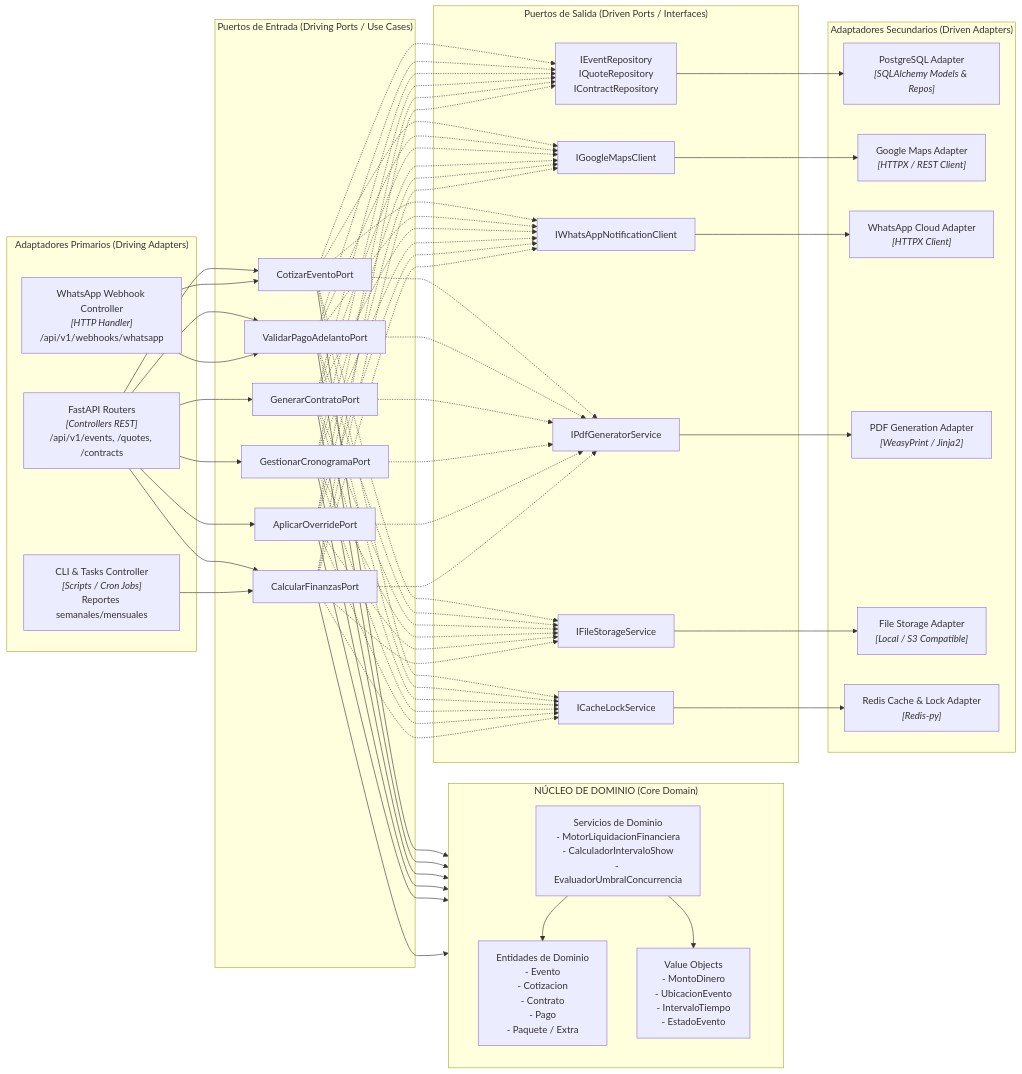
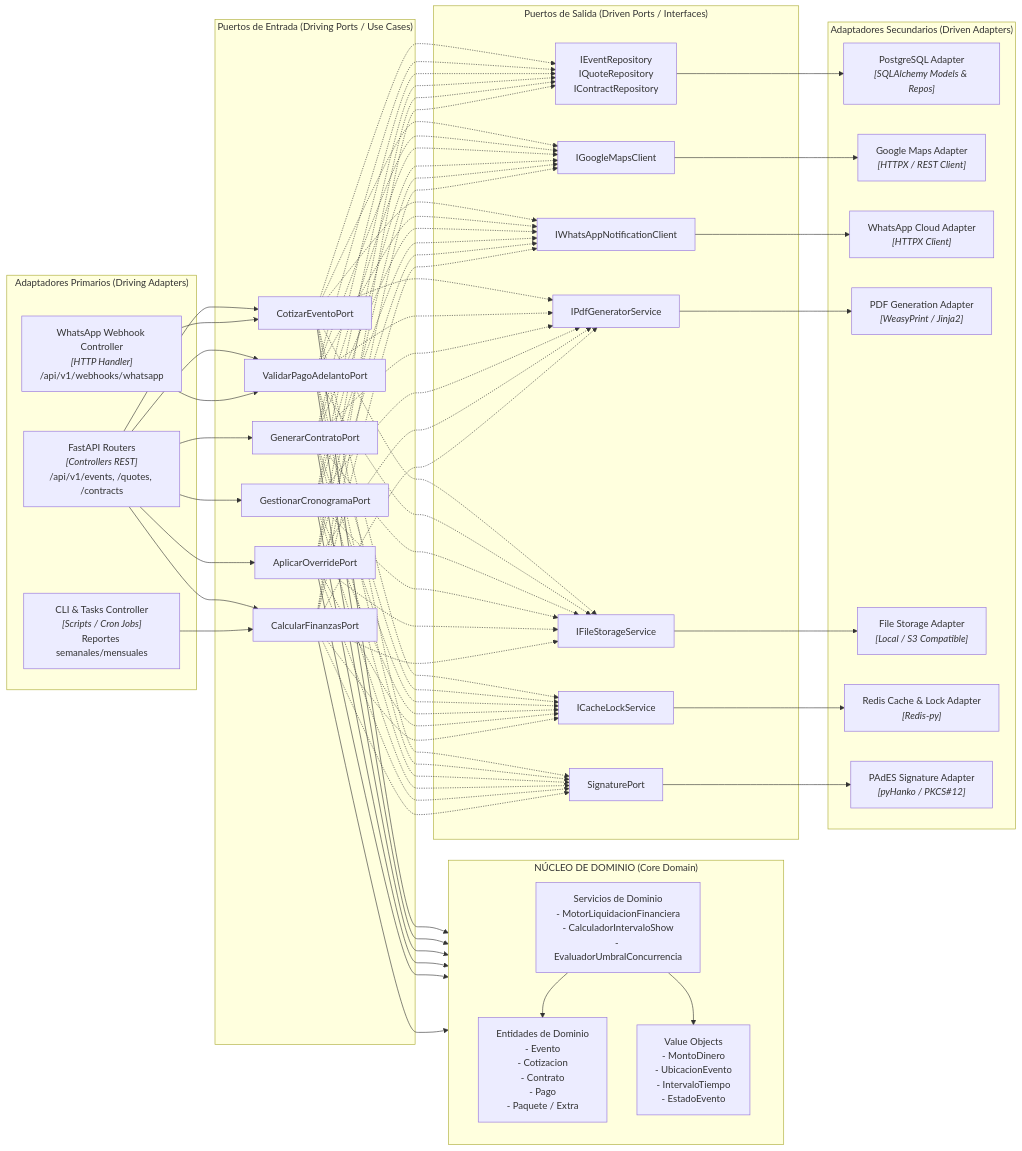
One commit to MathiasTL/EventPro-backend changed the third of 3 diagrams in Docs/02-arquitectura/01-diseno-arquitectonico-c4.md. Above: the diagram before and after it, drawn with Mermaid. The commit also changed other lines of this file and 14 other files, not shown here.

````diff
--- a/Docs/02-arquitectura/01-diseno-arquitectonico-c4.md
+++ b/Docs/02-arquitectura/01-diseno-arquitectonico-c4.md
@@ -95,62 +95,65 @@
 ```mermaid
 flowchart LR
     subgraph AdaptadoresEntrada["Adaptadores Primarios (Driving Adapters)"]
         HttpRouters["FastAPI Routers<br/><i>[Controllers REST]</i><br/>/api/v1/events, /quotes, /contracts"]
         WebhookController["WhatsApp Webhook Controller<br/><i>[HTTP Handler]</i><br/>/api/v1/webhooks/whatsapp"]
         AdminCli["CLI & Tasks Controller<br/><i>[Scripts / Cron Jobs]</i><br/>Reportes semanales/mensuales"]
     end
 
     subgraph PuertosEntrada["Puertos de Entrada (Driving Ports / Use Cases)"]
         UCQuote["CotizarEventoPort"]
         UCPay["ValidarPagoAdelantoPort"]
         UCContract["GenerarContratoPort"]
         UCSchedule["GestionarCronogramaPort"]
         UCOverride["AplicarOverridePort"]
         UCReport["CalcularFinanzasPort"]
     end
 
     subgraph Dominio["NÚCLEO DE DOMINIO (Core Domain)"]
         direction TB
         Entities["Entidades de Dominio<br/>- Evento<br/>- Cotizacion<br/>- Contrato<br/>- Pago<br/>- Paquete / Extra"]
         ValueObjects["Value Objects<br/>- MontoDinero<br/>- UbicacionEvento<br/>- IntervaloTiempo<br/>- EstadoEvento"]
         DomainServices["Servicios de Dominio<br/>- MotorLiquidacionFinanciera<br/>- CalculadorIntervaloShow<br/>- EvaluadorUmbralConcurrencia"]
     end
 
     subgraph PuertosSalida["Puertos de Salida (Driven Ports / Interfaces)"]
         PortRepo["IEventRepository<br/>IQuoteRepository<br/>IContractRepository"]
         PortMaps["IGoogleMapsClient"]
         PortWhatsApp["IWhatsAppNotificationClient"]
         PortPdf["IPdfGeneratorService"]
         PortStorage["IFileStorageService"]
         PortCache["ICacheLockService"]
+        PortSignature["SignaturePort"]
     end
 
     subgraph AdaptadoresSalida["Adaptadores Secundarios (Driven Adapters)"]
         SqlAlchemyRepo["PostgreSQL Adapter<br/><i>[SQLAlchemy Models & Repos]</i>"]
         GoogleMapsAdapter["Google Maps Adapter<br/><i>[HTTPX / REST Client]</i>"]
         WhatsAppAdapter["WhatsApp Cloud Adapter<br/><i>[HTTPX Client]</i>"]
         WeasyPrintAdapter["PDF Generation Adapter<br/><i>[WeasyPrint / Jinja2]</i>"]
         FileSystemAdapter["File Storage Adapter<br/><i>[Local / S3 Compatible]</i>"]
         RedisAdapter["Redis Cache & Lock Adapter<br/><i>[Redis-py]</i>"]
+        PadesAdapter["PAdES Signature Adapter<br/><i>[pyHanko / PKCS#12]</i>"]
     end
 
     %% Relaciones Driving
     HttpRouters --> UCQuote & UCPay & UCContract & UCSchedule & UCOverride & UCReport
     WebhookController --> UCQuote & UCPay
     AdminCli --> UCReport
 
     %% Relaciones Ports -> Domain
     UCQuote & UCPay & UCContract & UCSchedule & UCOverride & UCReport --> DomainServices
     DomainServices --> Entities & ValueObjects
 
     %% Relaciones Domain/UseCases -> Driven Ports
-    UCQuote & UCPay & UCContract & UCSchedule & UCOverride & UCReport -.-> PortRepo & PortMaps & PortWhatsApp & PortPdf & PortStorage & PortCache
+    UCQuote & UCPay & UCContract & UCSchedule & UCOverride & UCReport -.-> PortRepo & PortMaps & PortWhatsApp & PortPdf & PortStorage & PortCache & PortSignature
 
     %% Relaciones Driven Ports -> Driven Adapters
     PortRepo --> SqlAlchemyRepo
     PortMaps --> GoogleMapsAdapter
     PortWhatsApp --> WhatsAppAdapter
     PortPdf --> WeasyPrintAdapter
     PortStorage --> FileSystemAdapter
     PortCache --> RedisAdapter
+    PortSignature --> PadesAdapter
 ```
````
